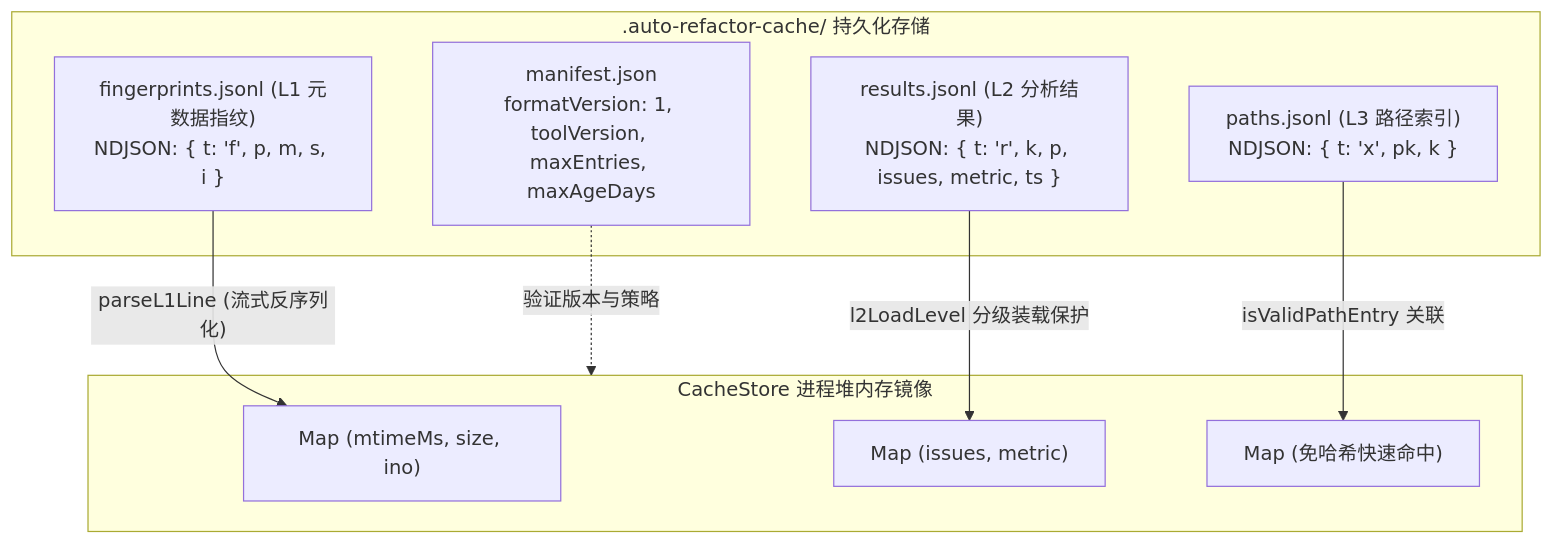
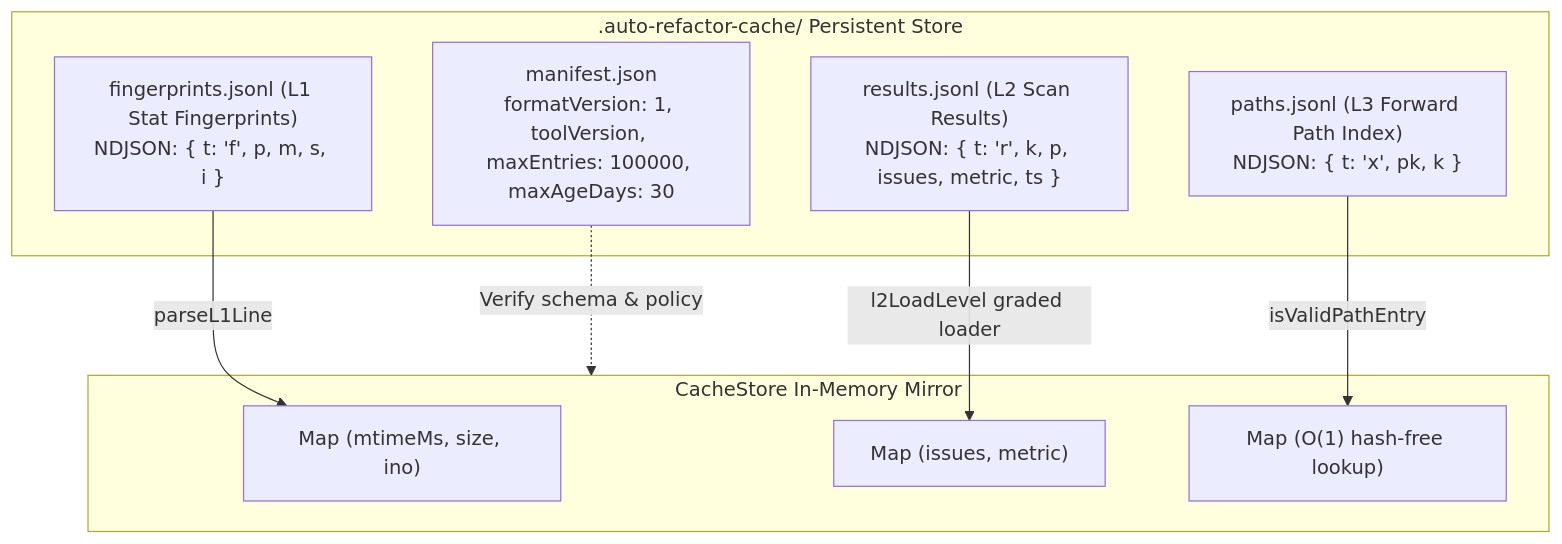
The diagram in auto-refactor/docs/01-architecture/02-pipeline-and-caching.md (guilingzhouyi-creator/vscode-extensions), drawn with Mermaid before and after one commit. The commit also changed other lines of this file and 4 other files, not shown here.

````diff
--- a/auto-refactor/docs/01-architecture/02-pipeline-and-caching.md
+++ b/auto-refactor/docs/01-architecture/02-pipeline-and-caching.md
@@ -20,20 +18,20 @@
 ```mermaid
 flowchart TD
-  subgraph DISK[".auto-refactor-cache/ 持久化存储"]
-    MF["manifest.json<br/>formatVersion: 1, toolVersion, maxEntries, maxAgeDays"]
-    L1D["fingerprints.jsonl (L1 元数据指纹)<br/>NDJSON: { t: 'f', p, m, s, i }"]
-    L2D["results.jsonl (L2 分析结果)<br/>NDJSON: { t: 'r', k, p, issues, metric, ts }"]
-    L3D["paths.jsonl (L3 路径索引)<br/>NDJSON: { t: 'x', pk, k }"]
+  subgraph DISK[".auto-refactor-cache/ Persistent Store"]
+    MF["manifest.json<br/>formatVersion: 1, toolVersion, maxEntries: 100000, maxAgeDays: 30"]
+    L1D["fingerprints.jsonl (L1 Stat Fingerprints)<br/>NDJSON: { t: 'f', p, m, s, i }"]
+    L2D["results.jsonl (L2 Scan Results)<br/>NDJSON: { t: 'r', k, p, issues, metric, ts }"]
+    L3D["paths.jsonl (L3 Forward Path Index)<br/>NDJSON: { t: 'x', pk, k }"]
   end
 
-  subgraph MEM["CacheStore 进程堆内存镜像"]
+  subgraph MEM["CacheStore In-Memory Mirror"]
     M_L1["Map<filePath, Fingerprint> (mtimeMs, size, ino)"]
     M_L2["Map<cacheKey, L2EntryRecord> (issues, metric)"]
-    M_BYPATH["Map<normalizedPath, L2EntryRecord> (免哈希快速命中)"]
+    M_BYPATH["Map<normalizedPath, L2EntryRecord> (O(1) hash-free lookup)"]
   end
 
-  MF -. "验证版本与策略" .-> MEM
-  L1D -->|"parseL1Line (流式反序列化)"| M_L1
-  L2D -->|"l2LoadLevel 分级装载保护"| M_L2
-  L3D -->|"isValidPathEntry 关联"| M_BYPATH
+  MF -. "Verify schema & policy" .-> MEM
+  L1D -->|"parseL1Line"| M_L1
+  L2D -->|"l2LoadLevel graded loader"| M_L2
+  L3D -->|"isValidPathEntry"| M_BYPATH
 ```
````
